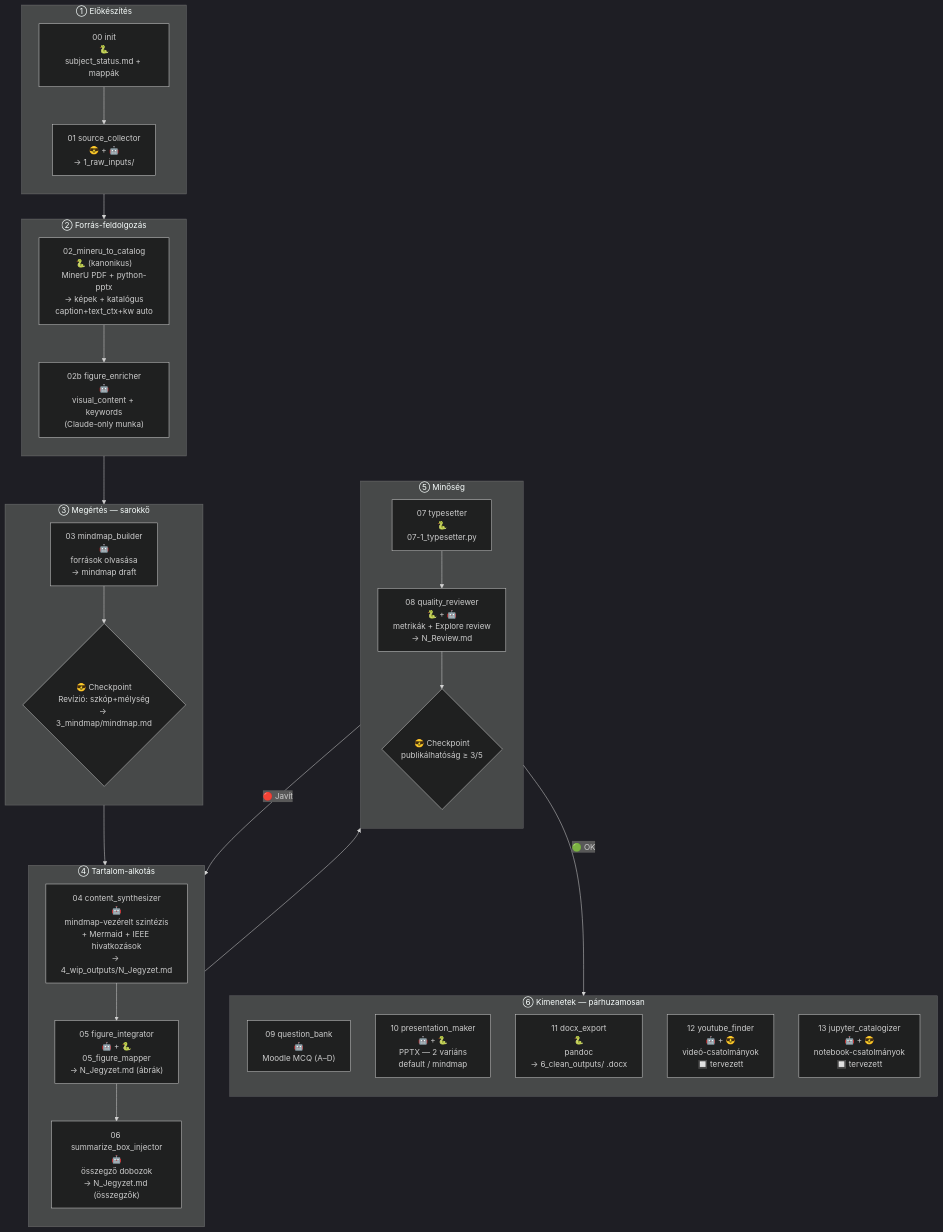
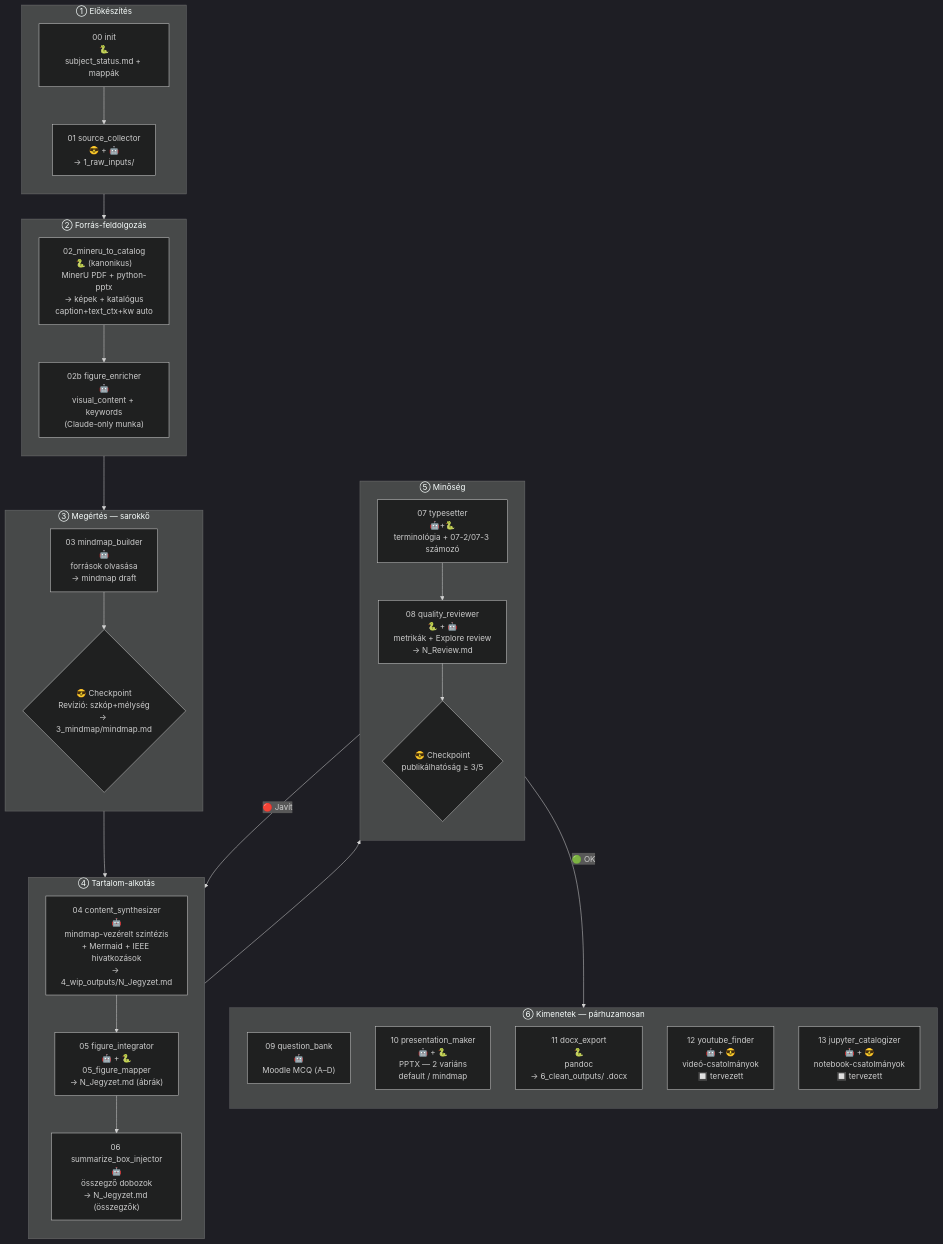
One commit to InutilemMachina/claude_course changed the diagram in .claude/pipeline.md. Above: the diagram before and after it, drawn with Mermaid (dark theme). The commit also changed other lines of this file and 5 other files, not shown here.

````diff
--- a/.claude/pipeline.md
+++ b/.claude/pipeline.md
@@ -56,52 +56,52 @@
 ```mermaid
 flowchart TD
     subgraph INIT["① Előkészítés"]
         direction TB
         I0["00 init<br>🐍<br>subject_status.md + mappák"]
         I1["01 source_collector<br>😎 + 🤖<br>→ 1_raw_inputs/"]
         I0 --> I1
     end
 
     subgraph EXT["② Forrás-feldolgozás"]
         direction TB
         E1m["02_mineru_to_catalog<br>🐍 (kanonikus)<br>MinerU PDF + python-pptx<br>→ képek + katalógus<br>caption+text_ctx+kw auto"]
         E2["02b figure_enricher<br>🤖<br>visual_content + keywords<br>(Claude-only munka)"]
         E1m --> E2
     end
 
     subgraph UNDERSTAND["③ Megértés — sarokkő"]
         direction TB
         U1["03 mindmap_builder<br>🤖<br>források olvasása<br>→ mindmap draft"]
         U2{"😎 Checkpoint<br>Revízió: szkóp+mélység<br>→ 3_mindmap/mindmap.md"}
         U1 --> U2
     end
 
     subgraph CREATE["④ Tartalom-alkotás"]
         direction TB
         C1["04 content_synthesizer<br>🤖<br>mindmap-vezérelt szintézis<br>+ Mermaid + IEEE hivatkozások<br>→ 4_wip_outputs/N_Jegyzet.md"]
         C2["05 figure_integrator<br>🤖 + 🐍<br>05_figure_mapper<br>→ N_Jegyzet.md (ábrák)"]
         C3["06 summarize_box_injector<br>🤖<br>összegző dobozok<br>→ N_Jegyzet.md (összegzők)"]
         C1 --> C2 --> C3
     end
 
     subgraph QUALITY["⑤ Minőség"]
         direction TB
-        Q1["07 typesetter<br>🐍<br>07-1_typesetter.py"]
+        Q1["07 typesetter<br>🤖+🐍<br>terminológia + 07-2/07-3 számozó"]
         Q2["08 quality_reviewer<br>🐍 + 🤖<br>metrikák + Explore review<br>→ N_Review.md"]
         Q3{"😎 Checkpoint<br>publikálhatóság ≥ 3/5"}
         Q1 --> Q2 --> Q3
     end
 
     subgraph OUTPUT["⑥ Kimenetek — párhuzamosan"]
         direction TB
         O1["09 question_bank<br>🤖<br>Moodle MCQ (A–D)"]
         O2["10 presentation_maker<br>🤖 + 🐍<br>PPTX — 2 variáns<br>default / mindmap"]
         O3["11 docx_export<br>🐍<br>pandoc<br>→ 6_clean_outputs/ .docx"]
         O4["12 youtube_finder<br>🤖 + 😎<br>videó-csatolmányok<br>🔲 tervezett"]
         O5["13 jupyter_catalogizer<br>🤖 + 😎<br>notebook-csatolmányok<br>🔲 tervezett"]
     end
 
     INIT --> EXT --> UNDERSTAND --> CREATE --> QUALITY
     Q3 -->|"🟢 OK"| OUTPUT
     Q3 -->|"🔴 Javít"| CREATE
 ```
````
